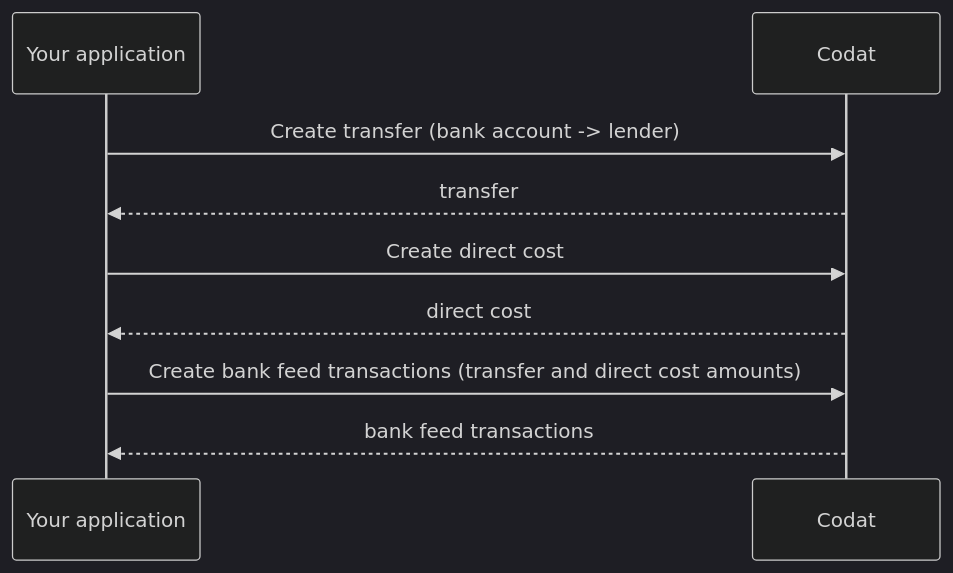
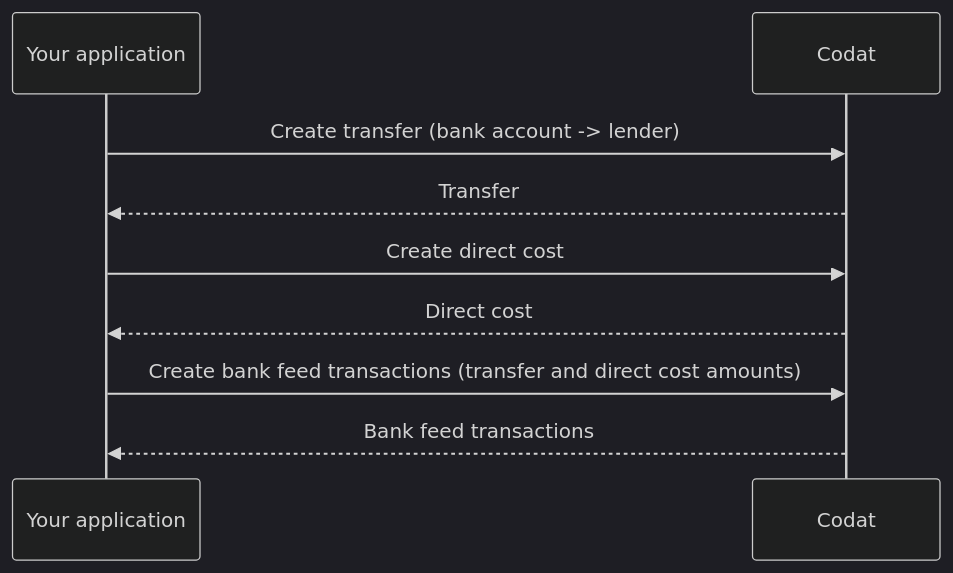
The diagram in docs/lending/guides/loan-writeback/record-invoice-finance.md (codatio/codat-docs), drawn with Mermaid (dark theme) before and after one commit. The commit also changed other lines of this file, not shown here.

````diff
--- a/docs/lending/guides/loan-writeback/record-invoice-finance.md
+++ b/docs/lending/guides/loan-writeback/record-invoice-finance.md
@@ -21,14 +21,14 @@
 ```mermaid
 sequenceDiagram
     participant backend as Your application 
     participant codat as Codat
     
         backend ->> codat: Create transfer (bank account -> lender)
-        codat -->> backend:  transfer
+        codat -->> backend:  Transfer
 
         backend ->> codat: Create direct cost
-        codat -->> backend: direct cost
+        codat -->> backend: Direct cost
         
         backend ->> codat: Create bank feed transactions (transfer and direct cost amounts)
-        codat -->> backend: bank feed transactions
+        codat -->> backend: Bank feed transactions
 ```
````
